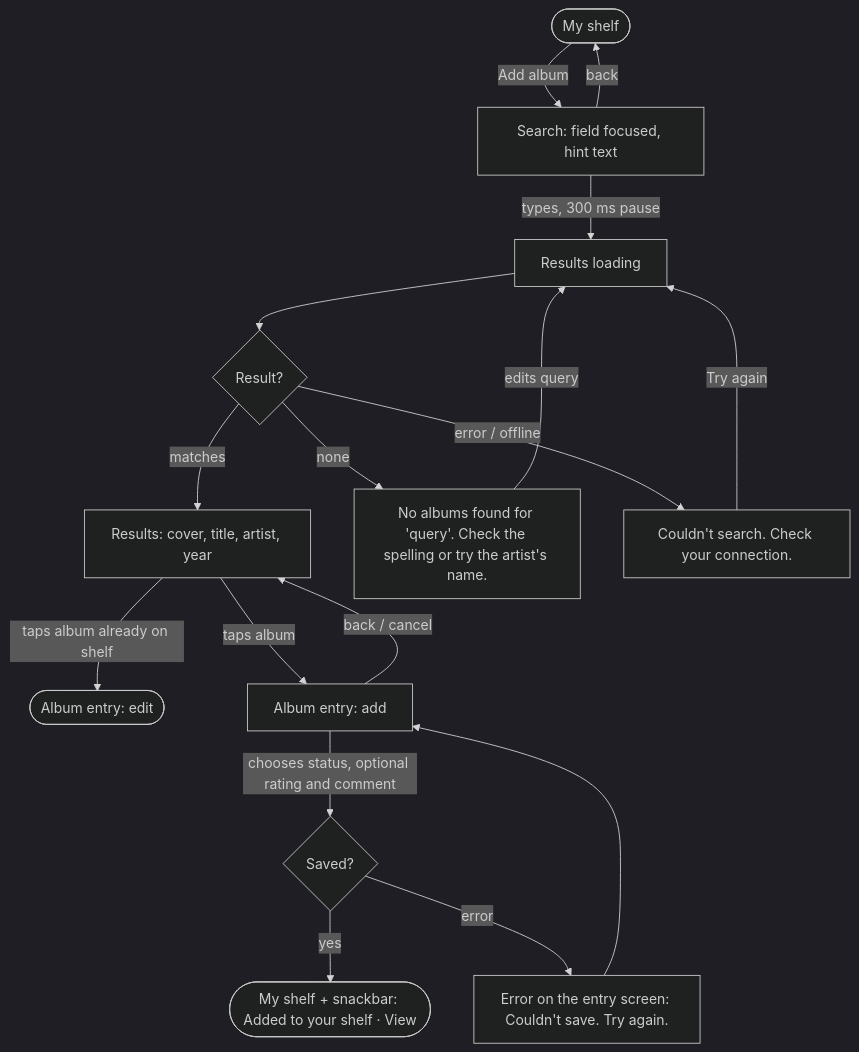
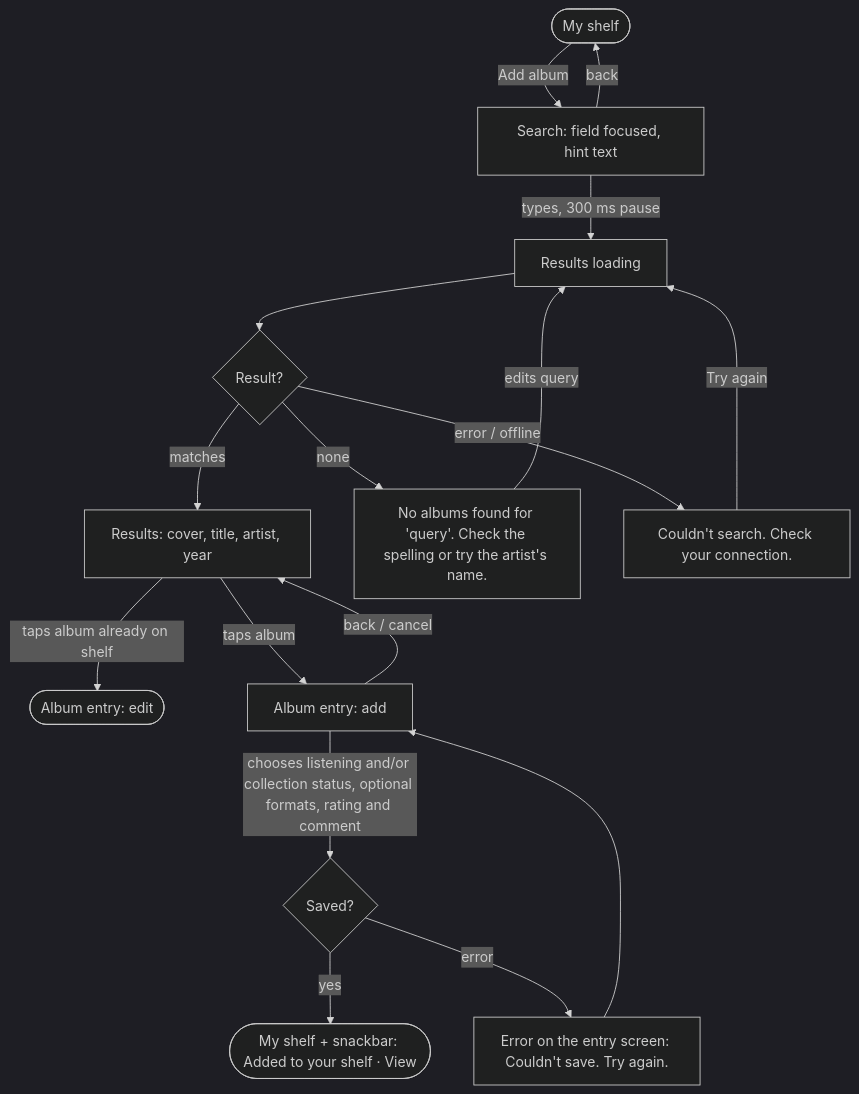
One commit to Schwub/shelf changed the second of 5 diagrams in docs/design/flows.md. Above: the diagram before and after it, drawn with Mermaid (dark theme). The commit also changed other lines of this file and 10 other files, not shown here.

First line of the commit message:
Split shelf status into listening and collection, add formats

````diff
--- a/docs/design/flows.md
+++ b/docs/design/flows.md
@@ -42,17 +43,17 @@
 ```mermaid
 flowchart TD
   shelf([My shelf]) -- Add album --> search[Search: field focused, hint text]
   search -- types, 300 ms pause --> loading[Results loading]
   loading --> res{Result?}
   res -- matches --> results[Results: cover, title, artist, year]
   res -- none --> none[No albums found for 'query'. Check the spelling or try the artist's name.]
   res -- error / offline --> err[Couldn't search. Check your connection.] -- Try again --> loading
   none -- edits query --> loading
   results -- taps album already on shelf --> edit([Album entry: edit])
   results -- taps album --> add[Album entry: add]
-  add -- chooses status, optional rating and comment --> save{Saved?}
+  add -- chooses listening and/or collection status, optional formats, rating and comment --> save{Saved?}
   save -- yes --> back([My shelf + snackbar: Added to your shelf · View])
   save -- error --> saveErr[Error on the entry screen: Couldn't save. Try again.] --> add
   add -- back / cancel --> results
   search -- back --> shelf
 ```
````
